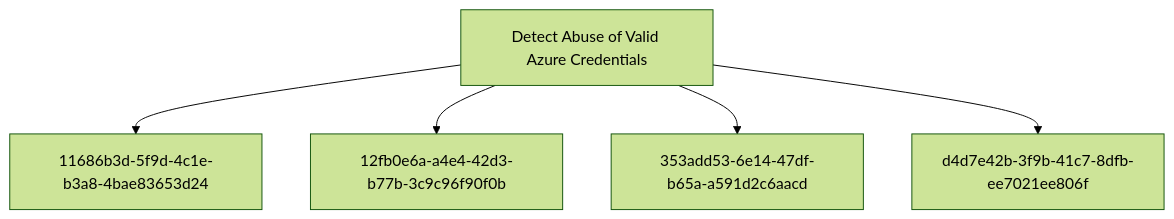
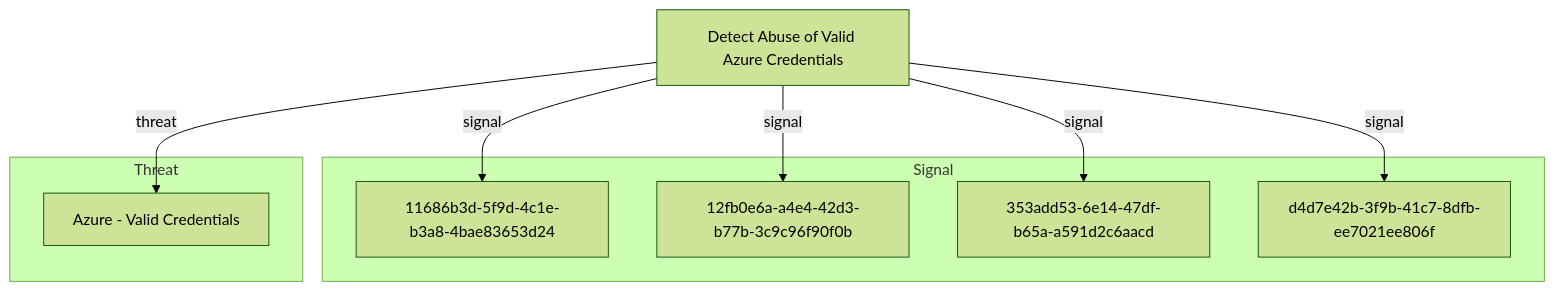
One commit to opentidehq/library changed the diagram in docs/objectives/detect-abuse-of-valid-azure-credentials.md. Above: the diagram before and after it, drawn with Mermaid (forest theme). The commit also changed other lines of this file and 277 other files, not shown here.

````diff
--- a/docs/objectives/detect-abuse-of-valid-azure-credentials.md
+++ b/docs/objectives/detect-abuse-of-valid-azure-credentials.md
@@ -130,12 +316,18 @@
 ```mermaid
 flowchart TB
-f4a8b3c2_7e5d_4f1a_bc8e_9d2a6e7c8f0b["Detect Abuse of Valid Azure Credentials"]
+subgraph "Signal"
 11686b3d_5f9d_4c1e_b3a8_4bae83653d24["11686b3d-5f9d-4c1e-b3a8-4bae83653d24"]
 12fb0e6a_a4e4_42d3_b77b_3c9c96f90f0b["12fb0e6a-a4e4-42d3-b77b-3c9c96f90f0b"]
 353add53_6e14_47df_b65a_a591d2c6aacd["353add53-6e14-47df-b65a-a591d2c6aacd"]
 d4d7e42b_3f9b_41c7_8dfb_ee7021ee806f["d4d7e42b-3f9b-41c7-8dfb-ee7021ee806f"]
-f4a8b3c2_7e5d_4f1a_bc8e_9d2a6e7c8f0b --> 11686b3d_5f9d_4c1e_b3a8_4bae83653d24
-f4a8b3c2_7e5d_4f1a_bc8e_9d2a6e7c8f0b --> 12fb0e6a_a4e4_42d3_b77b_3c9c96f90f0b
-f4a8b3c2_7e5d_4f1a_bc8e_9d2a6e7c8f0b --> 353add53_6e14_47df_b65a_a591d2c6aacd
-f4a8b3c2_7e5d_4f1a_bc8e_9d2a6e7c8f0b --> d4d7e42b_3f9b_41c7_8dfb_ee7021ee806f
+end
+subgraph "Threat"
+2743bf18_3b86_4721_bf3e_153dcda0b149["Azure - Valid Credentials"]
+end
+f4a8b3c2_7e5d_4f1a_bc8e_9d2a6e7c8f0b["Detect Abuse of Valid Azure Credentials"]
+f4a8b3c2_7e5d_4f1a_bc8e_9d2a6e7c8f0b -->|signal| 11686b3d_5f9d_4c1e_b3a8_4bae83653d24
+f4a8b3c2_7e5d_4f1a_bc8e_9d2a6e7c8f0b -->|signal| 12fb0e6a_a4e4_42d3_b77b_3c9c96f90f0b
+f4a8b3c2_7e5d_4f1a_bc8e_9d2a6e7c8f0b -->|signal| 353add53_6e14_47df_b65a_a591d2c6aacd
+f4a8b3c2_7e5d_4f1a_bc8e_9d2a6e7c8f0b -->|signal| d4d7e42b_3f9b_41c7_8dfb_ee7021ee806f
+f4a8b3c2_7e5d_4f1a_bc8e_9d2a6e7c8f0b -->|threat| 2743bf18_3b86_4721_bf3e_153dcda0b149
 ```
````
